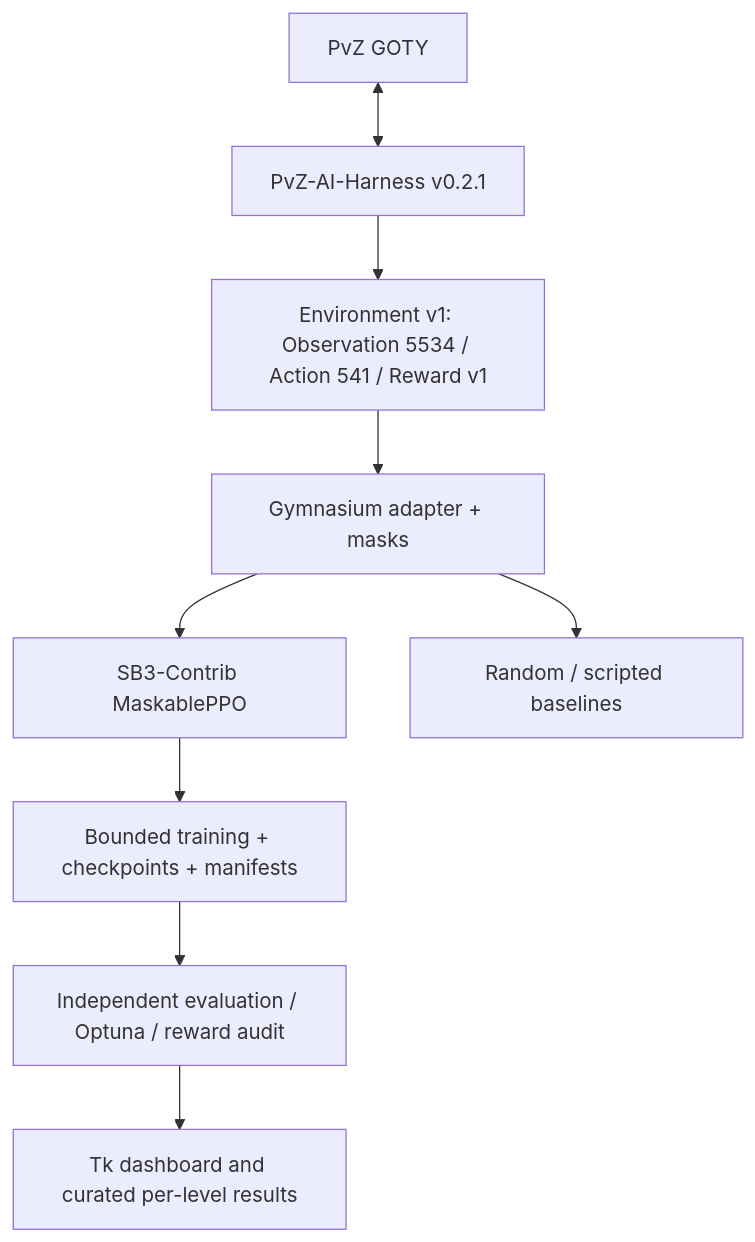
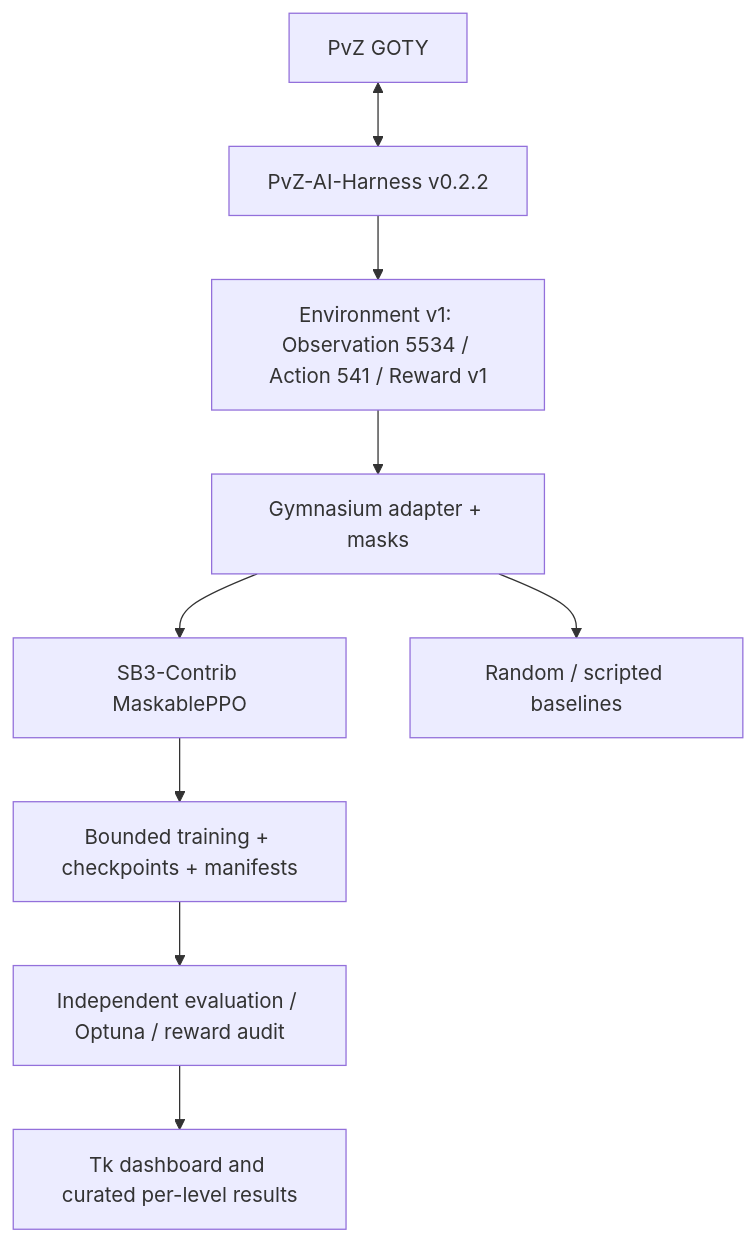
One commit to b3d012/PvZ-DeepLearning changed the diagram in README.md. Above: the diagram before and after it, drawn with Mermaid. The commit also changed other lines of this file and 7 other files, not shown here.

````diff
--- a/README.md
+++ b/README.md
@@ -10,11 +10,11 @@
 ```mermaid
 flowchart TD
-    G[PvZ GOTY] <--> H[PvZ-AI-Harness v0.2.1]
+    G[PvZ GOTY] <--> H[PvZ-AI-Harness v0.2.2]
     H --> E[Environment v1: Observation 5534 / Action 541 / Reward v1]
     E --> A[Gymnasium adapter + masks]
     A --> P[SB3-Contrib MaskablePPO]
     A --> B[Random / scripted baselines]
     P --> T[Bounded training + checkpoints + manifests]
     T --> V[Independent evaluation / Optuna / reward audit]
     V --> D[Tk dashboard and curated per-level results]
 ```
````
